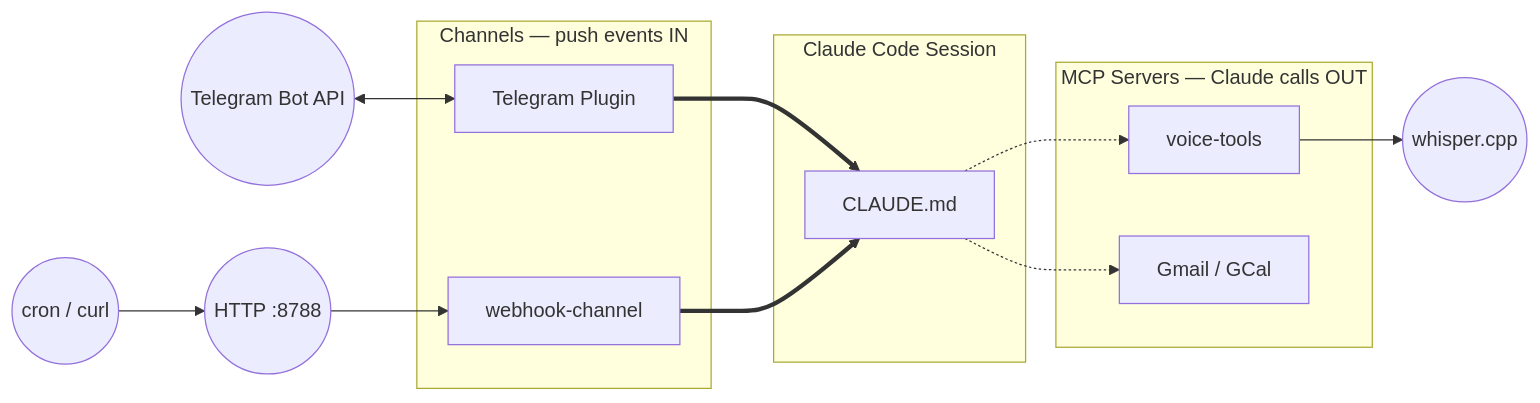
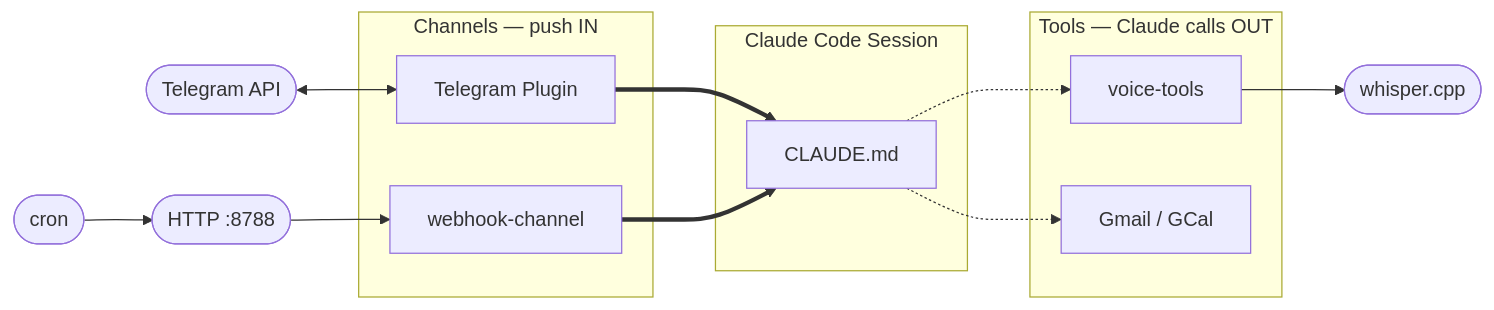
The diagram in README.md (jason-c-dev/claude-channels), drawn with Mermaid before and after one commit.

Commit message:
Fix diagram node sizes and subgraph clipping
Use stadium-shaped nodes instead of circles for external
services to prevent oversized rendering. Shorten tools
subgraph label to avoid clipping voice-tools node.

````diff
--- a/README.md
+++ b/README.md
@@ -39,30 +39,30 @@
 ```mermaid
 graph LR
-    cron(("cron / curl")) --> http(("HTTP :8788"))
-    tgapi(("Telegram Bot API"))
+    cron(["cron"]) --> http(["HTTP :8788"])
+    tgapi(["Telegram API"])
 
     http --> webhook
     tgapi <--> telegram
 
-    subgraph channels [" Channels — push events IN "]
+    subgraph channels [" Channels — push IN "]
         telegram["Telegram Plugin"]
         webhook["webhook-channel"]
     end
 
     telegram ==> claude
     webhook ==> claude
 
     subgraph session [" Claude Code Session "]
         claude["CLAUDE.md"]
     end
 
     claude -.-> voice
     claude -.-> gmail
 
-    subgraph tools [" MCP Servers — Claude calls OUT "]
+    subgraph tools [" Tools — Claude calls OUT "]
         voice["voice-tools"]
         gmail["Gmail / GCal"]
     end
 
-    voice --> whisper(("whisper.cpp"))
+    voice --> whisper(["whisper.cpp"])
 ```
````
